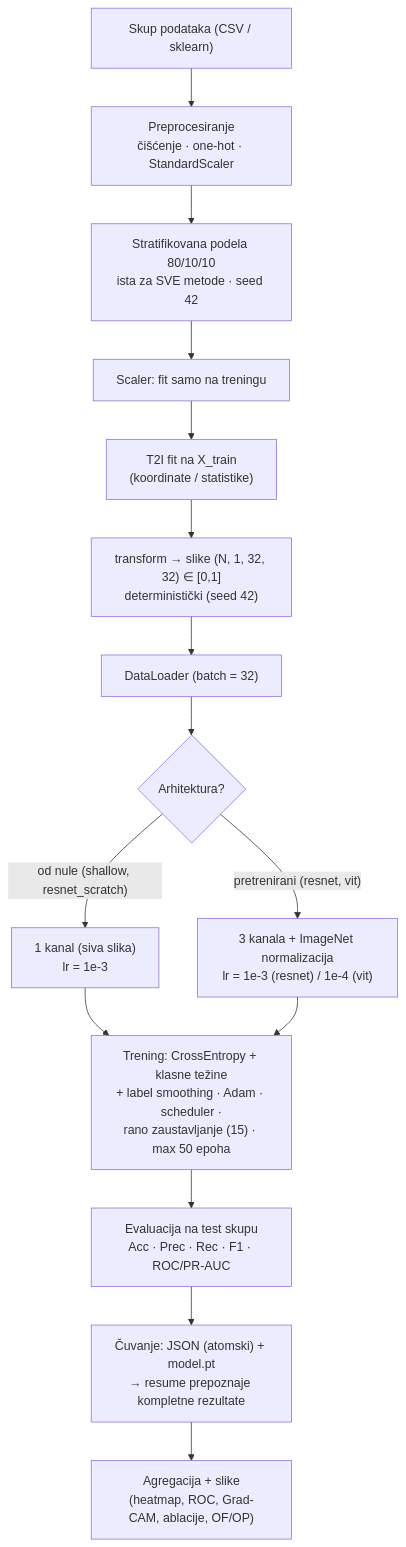
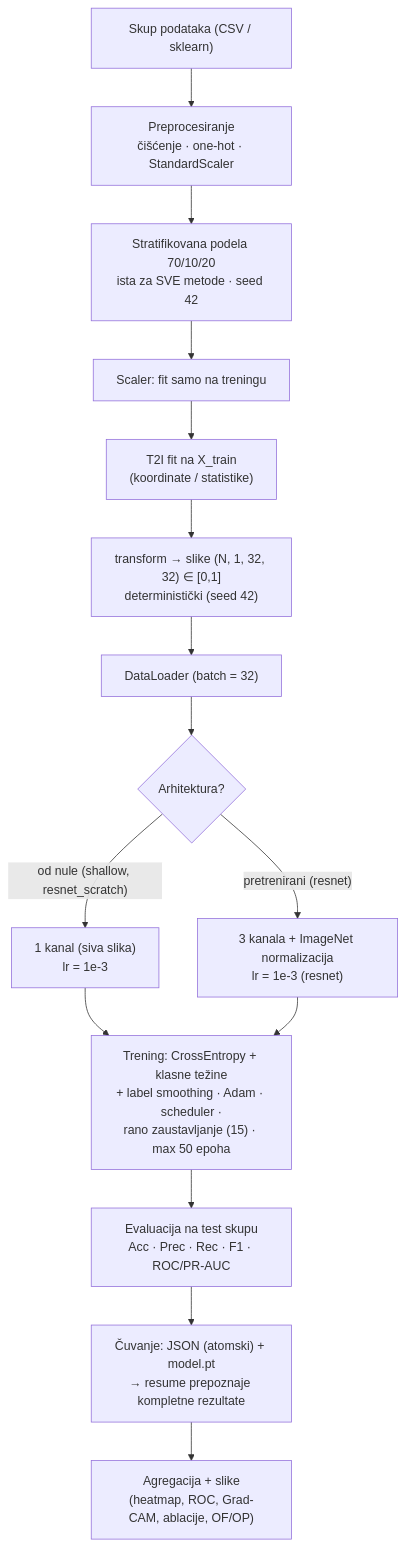
One commit to momcilovicluka/T2I-CNN changed the diagram in Plan/seminar2-rad-nacrt.md. Above: the diagram before and after it, drawn with Mermaid. The commit also changed other lines of this file and 9 other files, not shown here.

````diff
--- a/Plan/seminar2-rad-nacrt.md
+++ b/Plan/seminar2-rad-nacrt.md
@@ -502,17 +521,17 @@
 ```mermaid
 flowchart TD
     A["Skup podataka (CSV / sklearn)"] --> B["Preprocesiranje<br/>čišćenje · one-hot · StandardScaler"]
-    B --> C["Stratifikovana podela 80/10/10<br/>istа za SVE metode · seed 42"]
+    B --> C["Stratifikovana podela 70/10/20<br/>istа za SVE metode · seed 42"]
     C --> D["Scaler: fit samo na treningu"]
     D --> E["T2I fit na X_train<br/>(koordinate / statistike)"]
     E --> F["transform → slike (N, 1, 32, 32) ∈ [0,1]<br/>deterministički (seed 42)"]
     F --> G["DataLoader (batch = 32)"]
     G --> H{"Arhitektura?"}
     H -->|"od nule (shallow, resnet_scratch)"| I["1 kanal (siva slika)<br/>lr = 1e-3"]
-    H -->|"pretrenirani (resnet, vit)"| J["3 kanala + ImageNet normalizacija<br/>lr = 1e-3 (resnet) / 1e-4 (vit)"]
+    H -->|"pretrenirani (resnet)"| J["3 kanala + ImageNet normalizacija<br/>lr = 1e-3 (resnet)"]
     I --> K["Trening: CrossEntropy + klasne težine<br/>+ label smoothing · Adam · scheduler ·<br/>rano zaustavljanje (15) · max 50 epoha"]
     J --> K
     K --> L["Evaluacija na test skupu<br/>Acc · Prec · Rec · F1 · ROC/PR-AUC"]
     L --> M["Čuvanje: JSON (atomski) + model.pt<br/>→ resume prepoznaje kompletne rezultate"]
     M --> N["Agregacija + slike<br/>(heatmap, ROC, Grad-CAM, ablacije, OF/OP)"]
 ```
````
